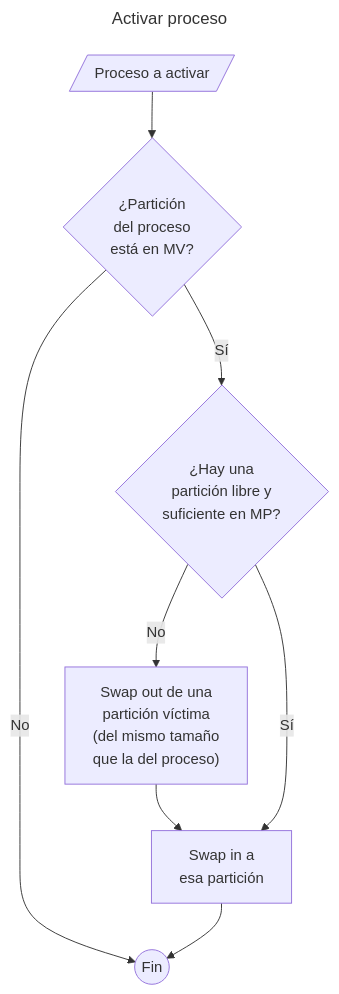
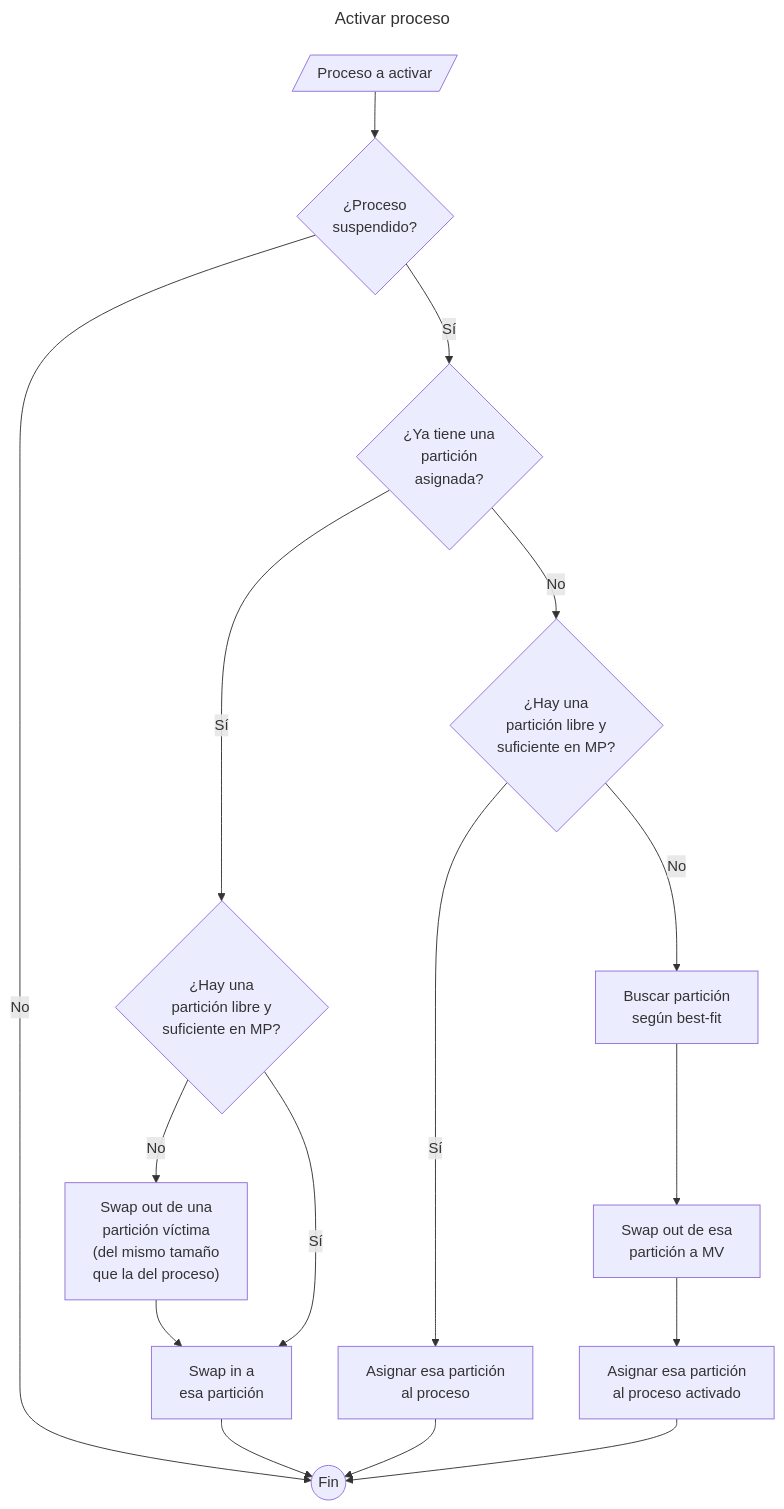
One commit to agustinbravop/utn-sims changed the diagram in docs/activar-proceso.mmd. Above: the diagram before and after it, drawn with Mermaid. The commit also changed 3 other files, not shown here.

Commit message:
actualizados diagramas en base a la optimización de procesos suspendidos sin asignar

```diff
--- a/docs/activar-proceso.mmd
+++ b/docs/activar-proceso.mmd
@@ -1,11 +1,15 @@
 ---
 title: Activar proceso
 ---
 flowchart TD
     H[/Proceso a activar/]
-    H --> I{"¿Partición \ndel proceso \n está en MV?"}
+    H --> I{"¿Proceso \n suspendido?"}
     I -- No --> Z
     M -- No --> N["Swap out de una \n partición víctima\n (del mismo tamaño \n que la del proceso)"] --> P
-    I -- Sí --> M{"¿Hay una \n partición libre y \n suficiente en MP?"}
+    I -- Sí --> R{"¿Ya tiene una \n partición \n asignada?"}
+    R -- Sí --> M{"¿Hay una \n partición libre y \n suficiente en MP?"}
     M -- Sí --> P[Swap in a \nesa partición] --> Z
+    R -- No --> S{"¿Hay una \n partición libre y \n suficiente en MP?"}
+    S -- Sí --> T[Asignar esa partición \n al proceso] --> Z 
+    S -- No --> U[Buscar partición \n según best-fit] --> V[Swap out de esa \n partición a MV] --> W[Asignar esa partición \n al proceso activado] --> Z 
     Z((Fin))
```
